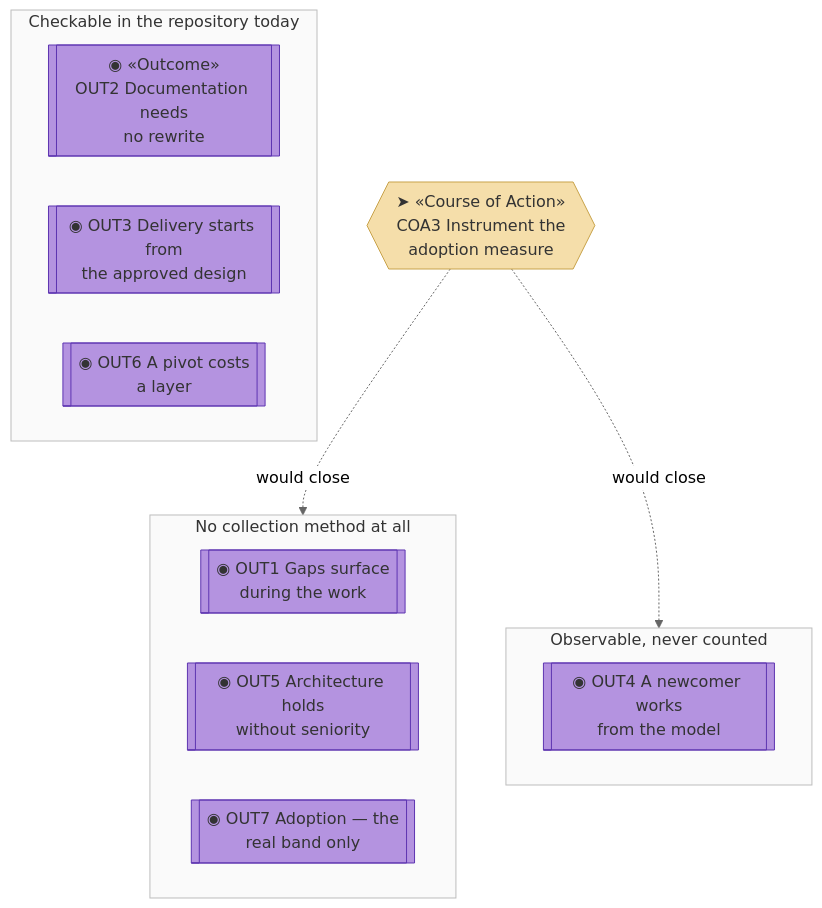
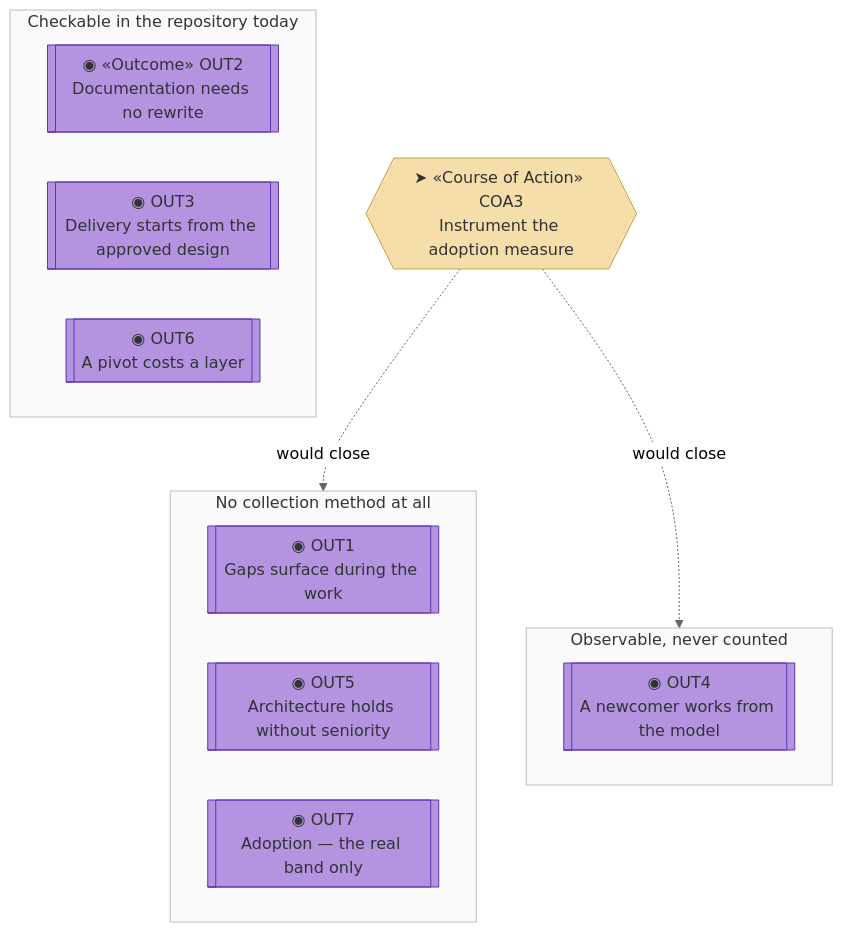
One commit to roanboc/architecture-archreator changed the sixth of 7 diagrams in organization/docs/ea/1_strategy/1_motivation.md. Above: the diagram before and after it, drawn with Mermaid (neutral theme). The commit also changed other lines of this file and 6 other files, not shown here.

````diff
--- a/organization/docs/ea/1_strategy/1_motivation.md
+++ b/organization/docs/ea/1_strategy/1_motivation.md
@@ -283,29 +283,29 @@
 ```mermaid
 flowchart TB
   subgraph CHECKABLE["Checkable in the repository today"]
-    out2[["◉ «Outcome»<br>OUT2 Documentation needs<br>no rewrite"]]:::outcome
-    out3[["◉ OUT3 Delivery starts from<br>the approved design"]]:::outcome
-    out6[["◉ OUT6 A pivot costs<br>a layer"]]:::outcome
+    out2[["◉ «Outcome» OUT2<br>Documentation needs no rewrite"]]:::outcome
+    out3[["◉ OUT3<br>Delivery starts from the approved design"]]:::outcome
+    out6[["◉ OUT6<br>A pivot costs a layer"]]:::outcome
   end
 
   subgraph ANECDOTAL["Observable, never counted"]
-    out4[["◉ OUT4 A newcomer works<br>from the model"]]:::outcome
+    out4[["◉ OUT4<br>A newcomer works from the model"]]:::outcome
   end
 
   subgraph NOMETHOD["No collection method at all"]
-    out1[["◉ OUT1 Gaps surface<br>during the work"]]:::outcome
-    out5[["◉ OUT5 Architecture holds<br>without seniority"]]:::outcome
-    out7[["◉ OUT7 Adoption — the<br>real band only"]]:::outcome
+    out1[["◉ OUT1<br>Gaps surface during the work"]]:::outcome
+    out5[["◉ OUT5<br>Architecture holds without seniority"]]:::outcome
+    out7[["◉ OUT7<br>Adoption — the real band only"]]:::outcome
   end
 
-  coa3{{"➤ «Course of Action»<br>COA3 Instrument the<br>adoption measure"}}:::action
+  coa3{{"➤ «Course of Action» COA3<br>Instrument the adoption measure"}}:::action
 
   coa3 -.->|would close| NOMETHOD
   coa3 -.->|would close| ANECDOTAL
 
   classDef outcome fill:#b493e0,stroke:#5e35b1,color:#333
   classDef action fill:#f5deaa,stroke:#c8a24a,color:#333
   style CHECKABLE fill:#fafafa,stroke:#bdbdbd,color:#333
   style ANECDOTAL fill:#fafafa,stroke:#bdbdbd,color:#333
   style NOMETHOD fill:#fafafa,stroke:#bdbdbd,color:#333
 ```
````
